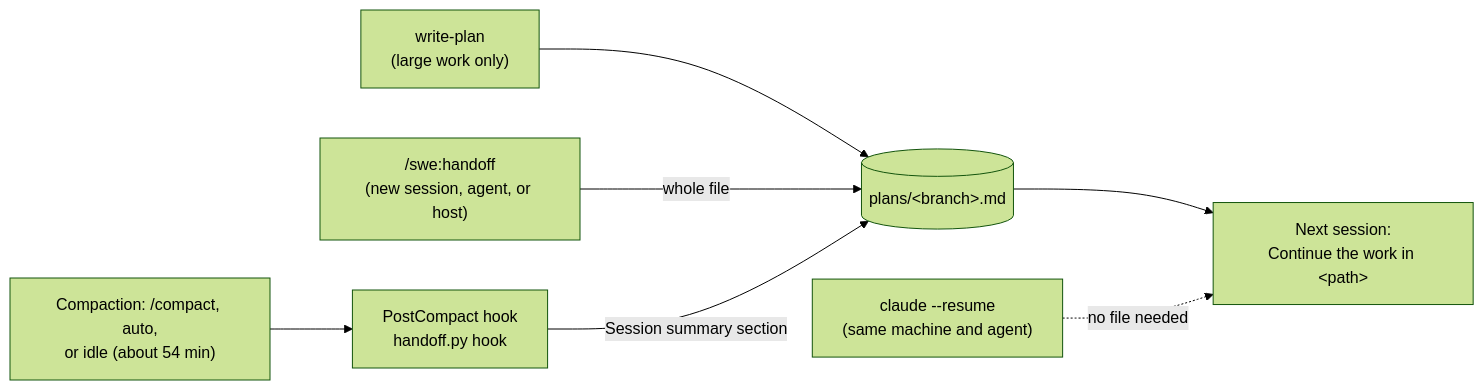
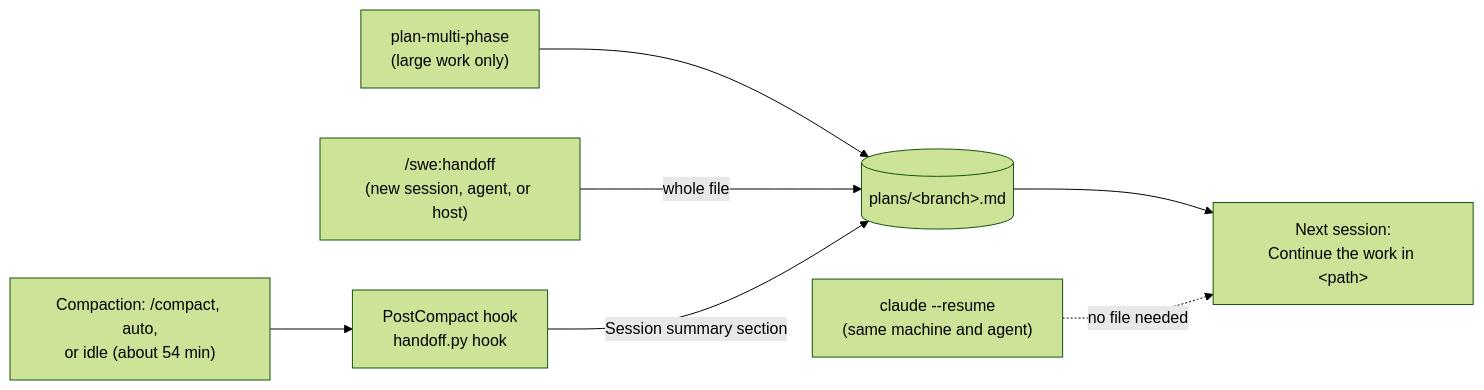
Before and after one commit to kpeez/agent-toolbox: the second of 2 diagrams in docs/guide/07-long-runs.md, drawn with Mermaid (forest theme). The commit also changed 17 other files, not shown here.

First line of the commit message:
refactor(swe): remove write-plan and merge-conflicts skills (#181)

````diff
--- a/docs/guide/07-long-runs.md
+++ b/docs/guide/07-long-runs.md
@@ -54,16 +54,16 @@
 ```mermaid
 flowchart LR
-  plan["write-plan<br/>(large work only)"]
+  plan["plan-multi-phase<br/>(large work only)"]
   resume["claude --resume<br/>(same machine and agent)"]
   manual["/swe:handoff<br/>(new session, agent, or host)"]
   compact["Compaction: /compact, auto,<br/>or idle (about 54 min)"]
   hook["PostCompact hook<br/>handoff.py hook"]
   file[("plans/#lt;branch#gt;.md")]
   next["Next session:<br/>Continue the work in #lt;path#gt;"]
 
   plan --> file
   manual -- "whole file" --> file
   compact --> hook -- "Session summary section" --> file
   file --> next
   resume -. "no file needed" .-> next
 ```
````
